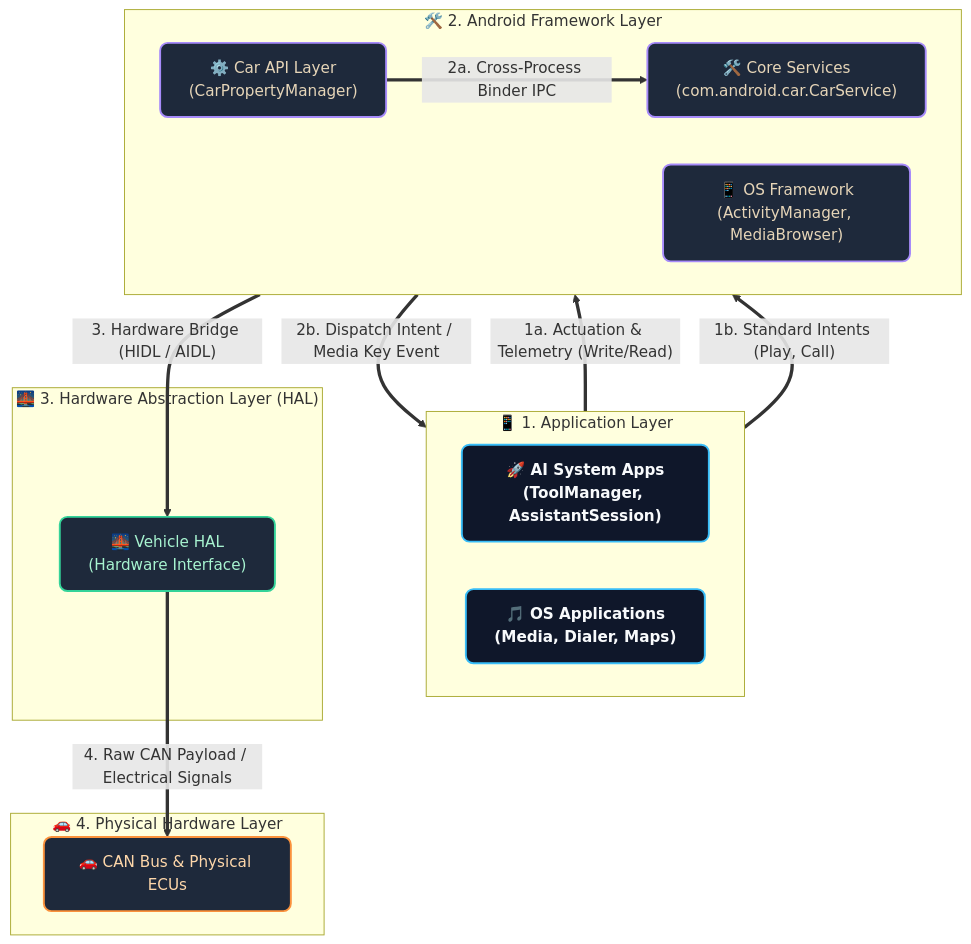
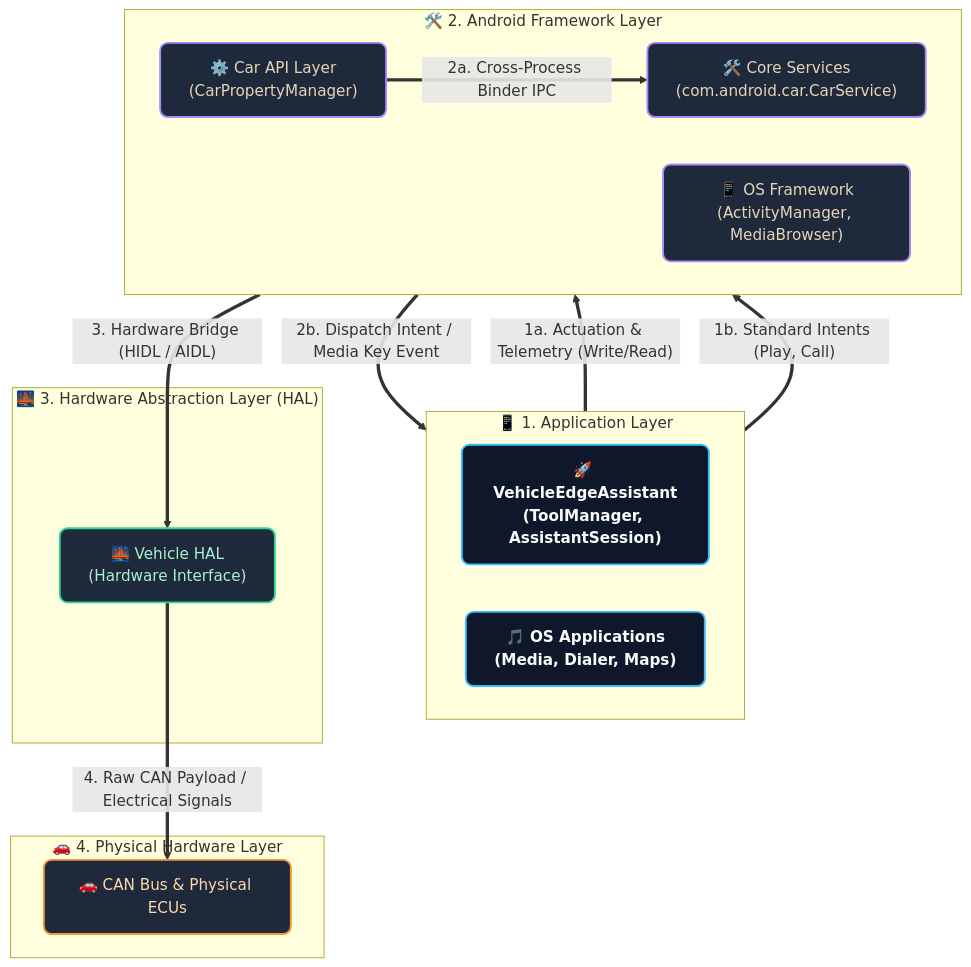
The second of 3 diagrams in ARCHITECTURE.md (hemangpandhi/ai-assistant), drawn with Mermaid before and after one commit. The commit also changed other lines of this file and 1 other file, not shown here.

Commit message:
chore: rename application to VehicleEdgeAssistant in manifest and architecture docs

````diff
--- a/ARCHITECTURE.md
+++ b/ARCHITECTURE.md
@@ -101,40 +101,40 @@
 ```mermaid
 flowchart TD
     %% Professional Styling
     classDef app fill:#0F172A,stroke:#38BDF8,stroke-width:2px,color:#F8FAFC,rx:8px,ry:8px,font-weight:bold;
     classDef framework fill:#1E293B,stroke:#A78BFA,stroke-width:2px,color:#E6D5B8,rx:8px,ry:8px;
     classDef hal fill:#1E293B,stroke:#34D399,stroke-width:2px,color:#A7F3D0,rx:8px,ry:8px;
     classDef hw fill:#1E293B,stroke:#FB923C,stroke-width:2px,color:#FED7AA,rx:8px,ry:8px;
 
     subgraph L1 ["📱 1. Application Layer"]
         direction LR
-        APP_LLM["🚀 AI System Apps<br/>(ToolManager, AssistantSession)"]:::app
+        APP_LLM["🚀 VehicleEdgeAssistant<br/>(ToolManager, AssistantSession)"]:::app
         SYSTEM_APPS["🎵 OS Applications<br/>(Media, Dialer, Maps)"]:::app
     end
     
     subgraph L2 ["🛠️ 2. Android Framework Layer"]
         direction LR
         CPM["⚙️ Car API Layer<br/>(CarPropertyManager)"]:::framework
         AM["📱 OS Framework<br/>(ActivityManager, MediaBrowser)"]:::framework
         CS["🛠️ Core Services<br/>(com.android.car.CarService)"]:::framework
     end
     
     subgraph L3 ["🌉 3. Hardware Abstraction Layer (HAL)"]
         VHAL["🌉 Vehicle HAL<br/>(Hardware Interface)"]:::hal
     end
     
     subgraph L4 ["🚗 4. Physical Hardware Layer"]
         CAN["🚗 CAN Bus & Physical ECUs"]:::hw
     end
 
     %% Data flow mapping
     APP_LLM ==>|"1a. Actuation & Telemetry (Write/Read)"| CPM
     APP_LLM ==>|"1b. Standard Intents (Play, Call)"| AM
     
     CPM ==>|"2a. Cross-Process Binder IPC"| CS
     CS ==>|"3. Hardware Bridge (HIDL / AIDL)"| VHAL
     
     AM ==>|"2b. Dispatch Intent / Media Key Event"| SYSTEM_APPS
     
     VHAL ==>|"4. Raw CAN Payload / Electrical Signals"| CAN
 ```
````
